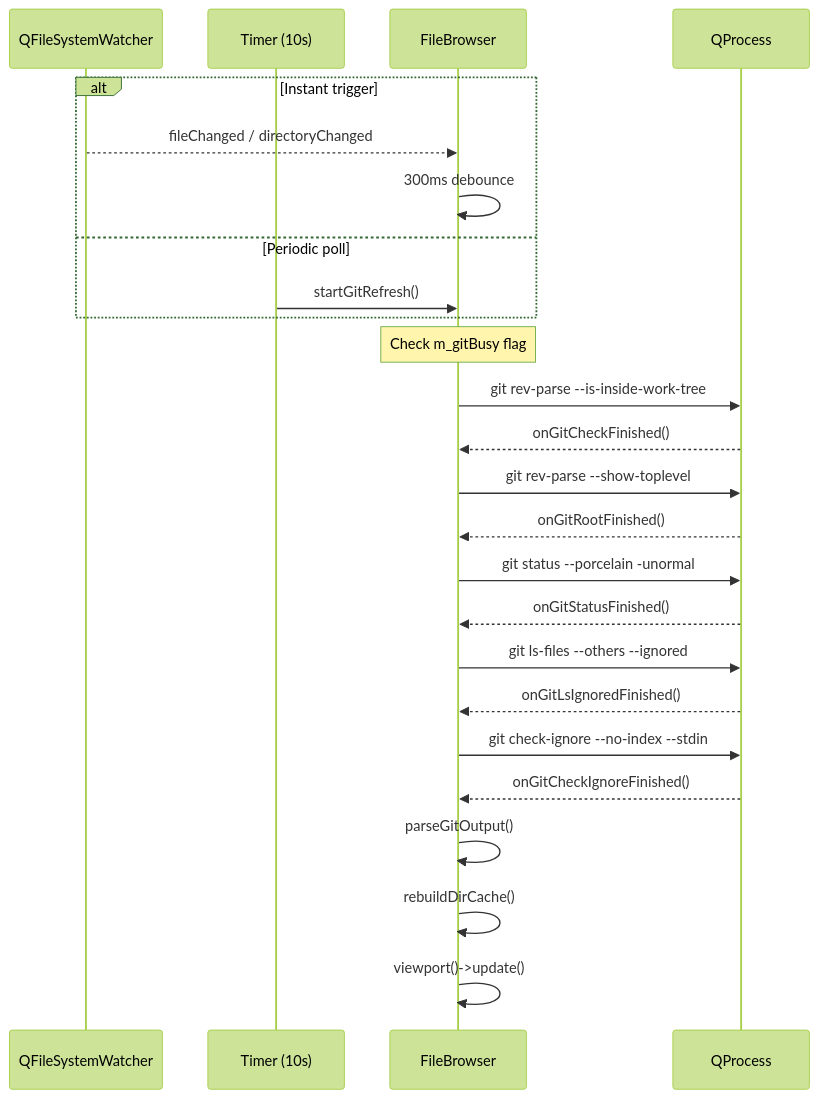
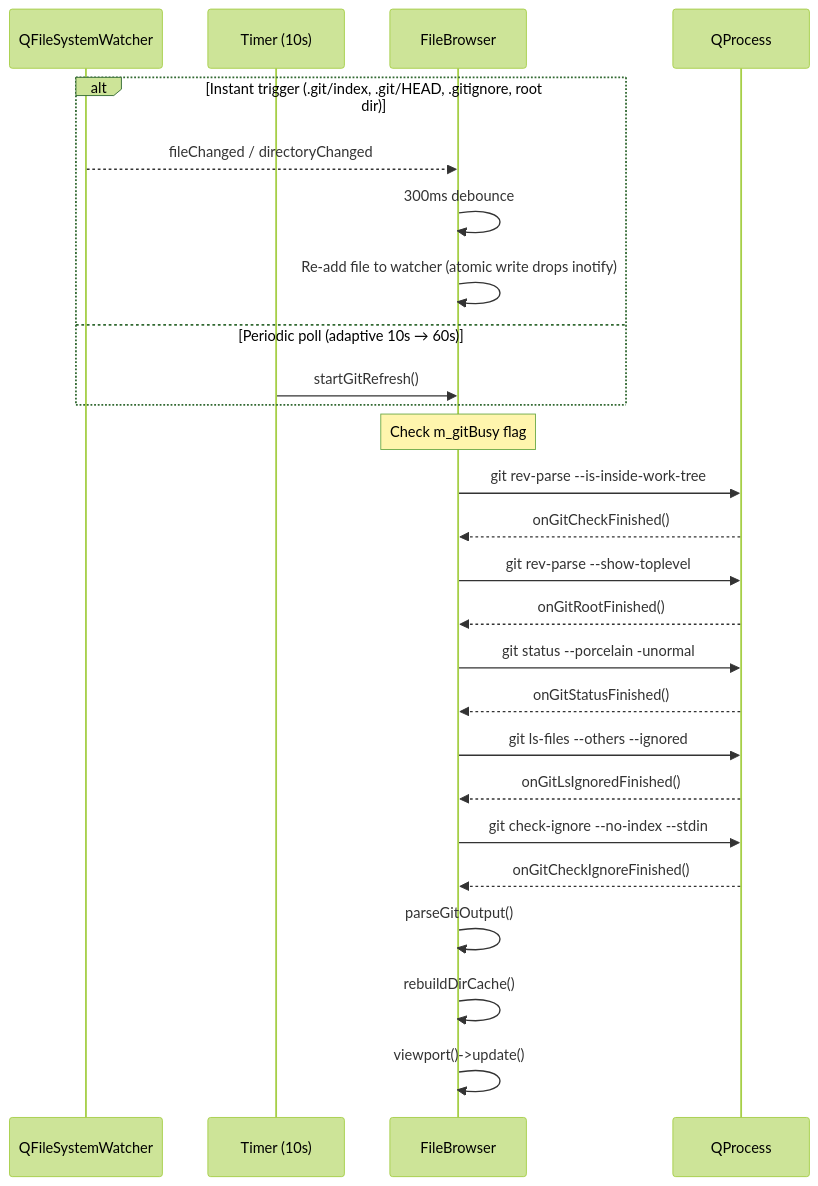
One commit to dkrse/vibe-coder changed the tenth of 21 diagrams in docs/diagrams.md. Above: the diagram before and after it, drawn with Mermaid (forest theme). The commit also changed 4 other files, not shown here.

````diff
--- a/docs/diagrams.md
+++ b/docs/diagrams.md
@@ -447,35 +447,36 @@
 ```mermaid
 sequenceDiagram
     participant FSW as QFileSystemWatcher
     participant Timer as Timer (10s)
     participant FileBrowser
     participant GitProc as QProcess
 
-    alt Instant trigger
+    alt Instant trigger (.git/index, .git/HEAD, .gitignore, root dir)
         FSW-->>FileBrowser: fileChanged / directoryChanged
         FileBrowser->>FileBrowser: 300ms debounce
-    else Periodic poll
+        FileBrowser->>FileBrowser: Re-add file to watcher (atomic write drops inotify)
+    else Periodic poll (adaptive 10s → 60s)
         Timer->>FileBrowser: startGitRefresh()
     end
 
     Note over FileBrowser: Check m_gitBusy flag
 
     FileBrowser->>GitProc: git rev-parse --is-inside-work-tree
     GitProc-->>FileBrowser: onGitCheckFinished()
 
     FileBrowser->>GitProc: git rev-parse --show-toplevel
     GitProc-->>FileBrowser: onGitRootFinished()
 
     FileBrowser->>GitProc: git status --porcelain -unormal
     GitProc-->>FileBrowser: onGitStatusFinished()
 
     FileBrowser->>GitProc: git ls-files --others --ignored
     GitProc-->>FileBrowser: onGitLsIgnoredFinished()
 
     FileBrowser->>GitProc: git check-ignore --no-index --stdin
     GitProc-->>FileBrowser: onGitCheckIgnoreFinished()
 
     FileBrowser->>FileBrowser: parseGitOutput()
     FileBrowser->>FileBrowser: rebuildDirCache()
     FileBrowser->>FileBrowser: viewport()->update()
 ```
````
